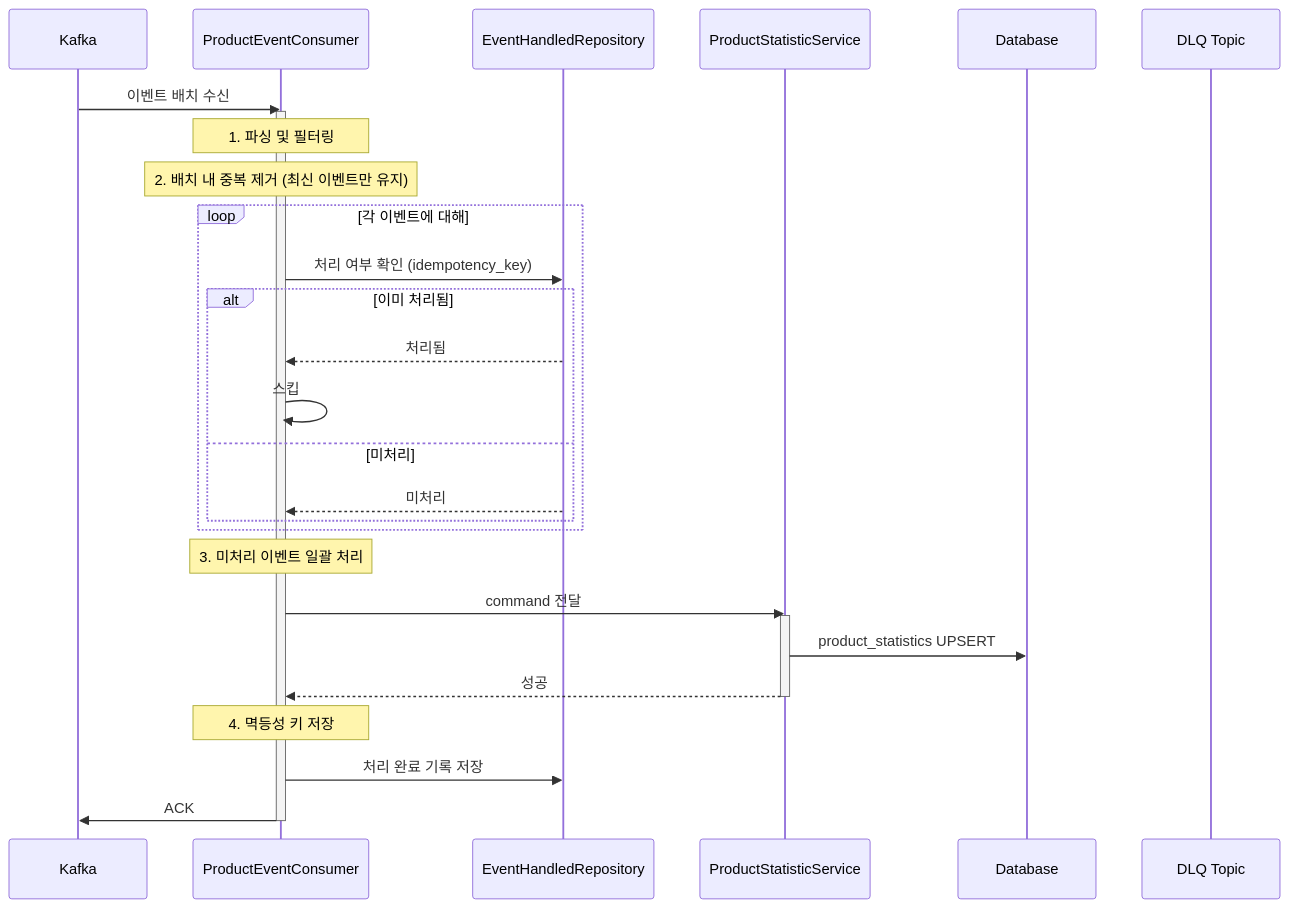
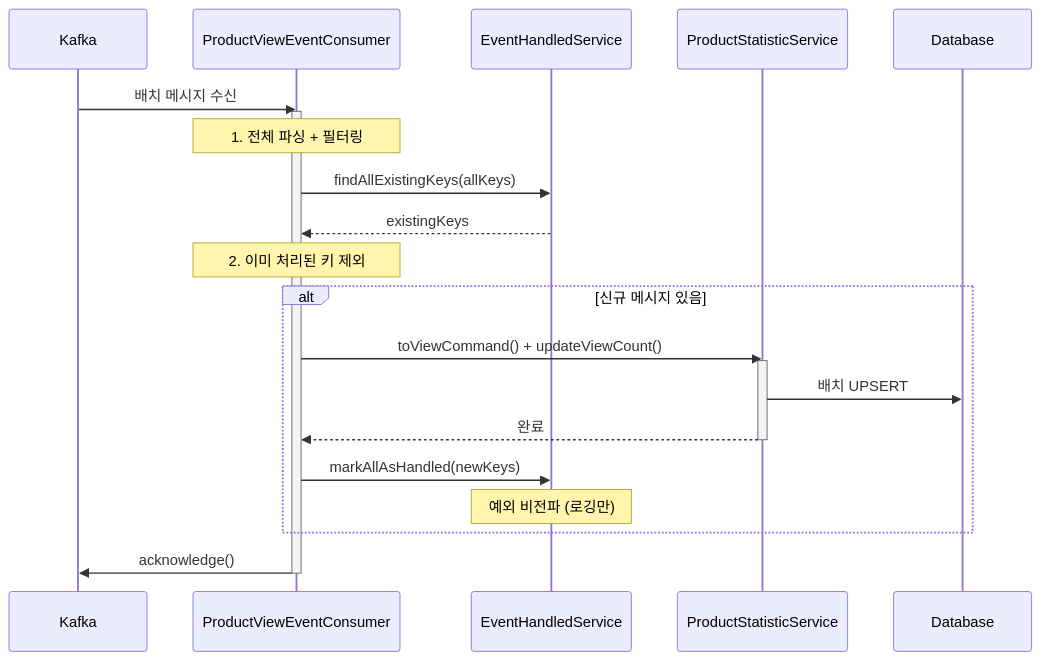
The fourth of 5 diagrams in docs/week8/round8-solution-design.md (Loopers-dev-lab/loopers-spring-kotlin-template), drawn with Mermaid before and after one commit. The commit also changed other lines of this file and 17 other files, not shown here.

First line of the commit message:
refactor: EventHandledService 추가 및 멱등성 처리 리팩토링

````diff
--- a/docs/week8/round8-solution-design.md
+++ b/docs/week8/round8-solution-design.md
@@ -230,34 +278,30 @@
 ```mermaid
 sequenceDiagram
     participant K as Kafka
-    participant PEC as ProductEventConsumer
-    participant EHR as EventHandledRepository
+    participant PVC as ProductViewEventConsumer
+    participant EHS as EventHandledService
     participant PSS as ProductStatisticService
     participant DB as Database
-    participant DLQ as DLQ Topic
-    K ->> PEC: 이벤트 배치 수신
-    activate PEC
-    Note over PEC: 1. 파싱 및 필터링
-    Note over PEC: 2. 배치 내 중복 제거 (최신 이벤트만 유지)
 
-    loop 각 이벤트에 대해
-        PEC ->> EHR: 처리 여부 확인 (idempotency_key)
-        alt 이미 처리됨
-            EHR -->> PEC: 처리됨
-            PEC ->> PEC: 스킵
-        else 미처리
-            EHR -->> PEC: 미처리
-        end
+    K ->> PVC: 배치 메시지 수신
+    activate PVC
+    Note over PVC: 1. 전체 파싱 + 필터링
+
+    PVC ->> EHS: findAllExistingKeys(allKeys)
+    EHS -->> PVC: existingKeys
+    Note over PVC: 2. 이미 처리된 키 제외
+
+    alt 신규 메시지 있음
+        PVC ->> PSS: toViewCommand() + updateViewCount()
+        activate PSS
+        PSS ->> DB: 배치 UPSERT
+        PSS -->> PVC: 완료
+        deactivate PSS
+
+        PVC ->> EHS: markAllAsHandled(newKeys)
+        Note over EHS: 예외 비전파 (로깅만)
     end
 
-    Note over PEC: 3. 미처리 이벤트 일괄 처리
-    PEC ->> PSS: command 전달
-    activate PSS
-    PSS ->> DB: product_statistics UPSERT
-    PSS -->> PEC: 성공
-    deactivate PSS
-    Note over PEC: 4. 멱등성 키 저장
-    PEC ->> EHR: 처리 완료 기록 저장
-    PEC ->> K: ACK
-    deactivate PEC
+    PVC ->> K: acknowledge()
+    deactivate PVC
 ```
````
